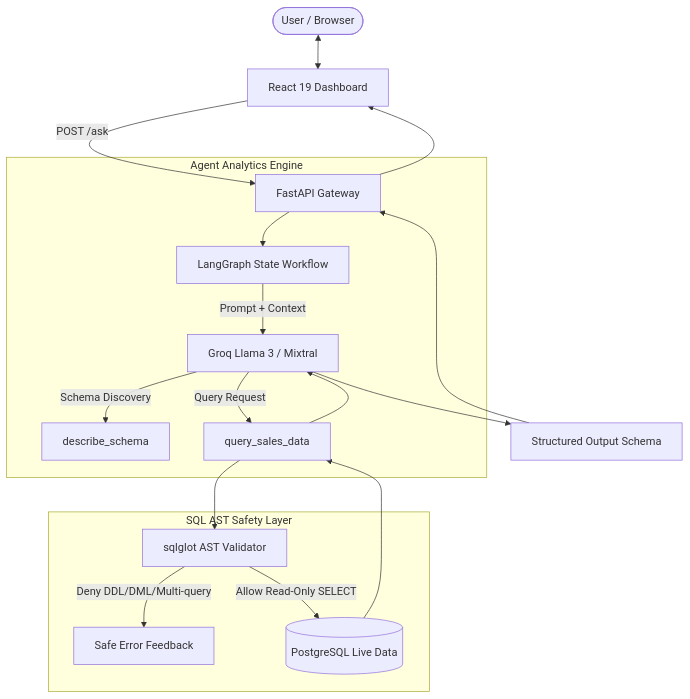
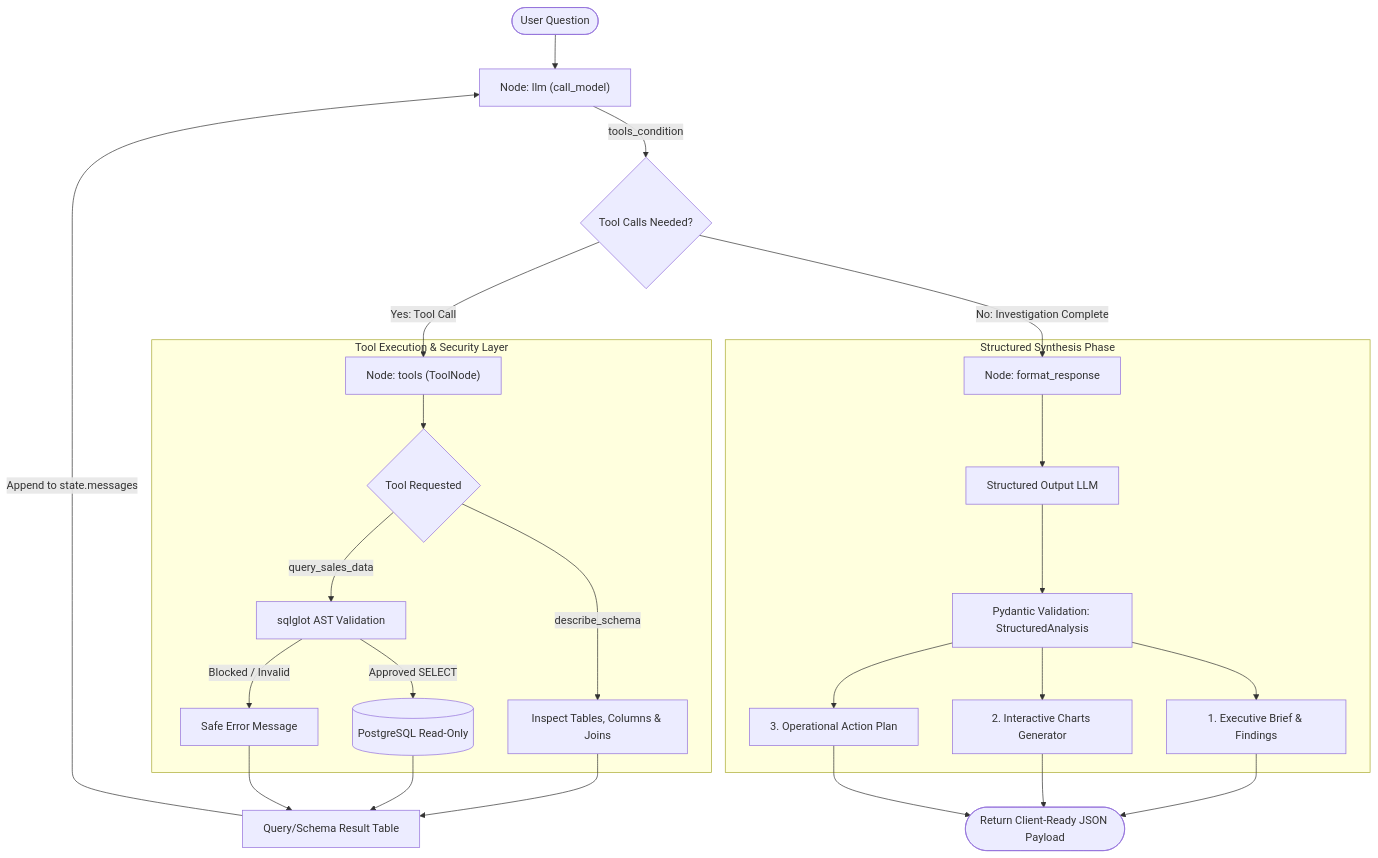
One commit to ytijani/sales-assistant changed the diagram in README.md. Above: the diagram before and after it, drawn with Mermaid. The commit also changed other lines of this file, not shown here.

Commit message:
docs: add comprehensive LangGraph workflow architecture diagram and step-by-step processing guide

````diff
--- a/README.md
+++ b/README.md
@@ -26,24 +28,37 @@
 ```mermaid
 flowchart TD
-    User([User / Browser]) <--> UI[React 19 Dashboard]
-    UI -->|POST /ask| API[FastAPI Gateway]
+    START([User Question]) --> llm["Node: llm (call_model)"]
     
-    subgraph Engine [Agent Analytics Engine]
-        API --> Graph[LangGraph State Workflow]
-        Graph -->|Prompt + Context| LLM[Groq Llama 3 / Mixtral]
-        LLM -->|Schema Discovery| ToolSchema[describe_schema]
-        LLM -->|Query Request| ToolSQL[query_sales_data]
+    llm -->|tools_condition| Decision{Tool Calls Needed?}
+    
+    %% Tool Execution Loop
+    Decision -->|Yes: Tool Call| tools["Node: tools (ToolNode)"]
+    
+    subgraph ToolExecution [Tool Execution & Security Layer]
+        tools --> ToolRouter{Tool Requested}
+        ToolRouter -->|describe_schema| SchemaInspection[Inspect Tables, Columns & Joins]
+        ToolRouter -->|query_sales_data| ASTCheck[sqlglot AST Validation]
+        ASTCheck -->|Blocked / Invalid| ToolError[Safe Error Message]
+        ASTCheck -->|Approved SELECT| LiveDB[(PostgreSQL Read-Only)]
     end
-
-    subgraph Security [SQL AST Safety Layer]
-        ToolSQL --> AST[sqlglot AST Validator]
-        AST -->|Deny DDL/DML/Multi-query| Reject[Safe Error Feedback]
-        AST -->|Allow Read-Only SELECT| DB[(PostgreSQL Live Data)]
+    
+    SchemaInspection --> ToolResult[Query/Schema Result Table]
+    LiveDB --> ToolResult
+    ToolError --> ToolResult
+    ToolResult -->|Append to state.messages| llm
+    
+    %% Synthesis Phase
+    Decision -->|No: Investigation Complete| format["Node: format_response"]
+    
+    subgraph Synthesis [Structured Synthesis Phase]
+        format --> StructuredLLM[Structured Output LLM]
+        StructuredLLM --> PydanticValidation[Pydantic Validation: StructuredAnalysis]
+        PydanticValidation --> ExecutiveBrief[1. Executive Brief & Findings]
+        PydanticValidation --> ChartGen[2. Interactive Charts Generator]
+        PydanticValidation --> ActionItems[3. Operational Action Plan]
     end
-
-    DB --> ToolSQL
-    ToolSQL --> LLM
-    LLM --> Structured[Structured Output Schema]
-    Structured --> API
-    API --> UI
+    
+    ExecutiveBrief --> END([Return Client-Ready JSON Payload])
+    ChartGen --> END
+    ActionItems --> END
 ```
````
